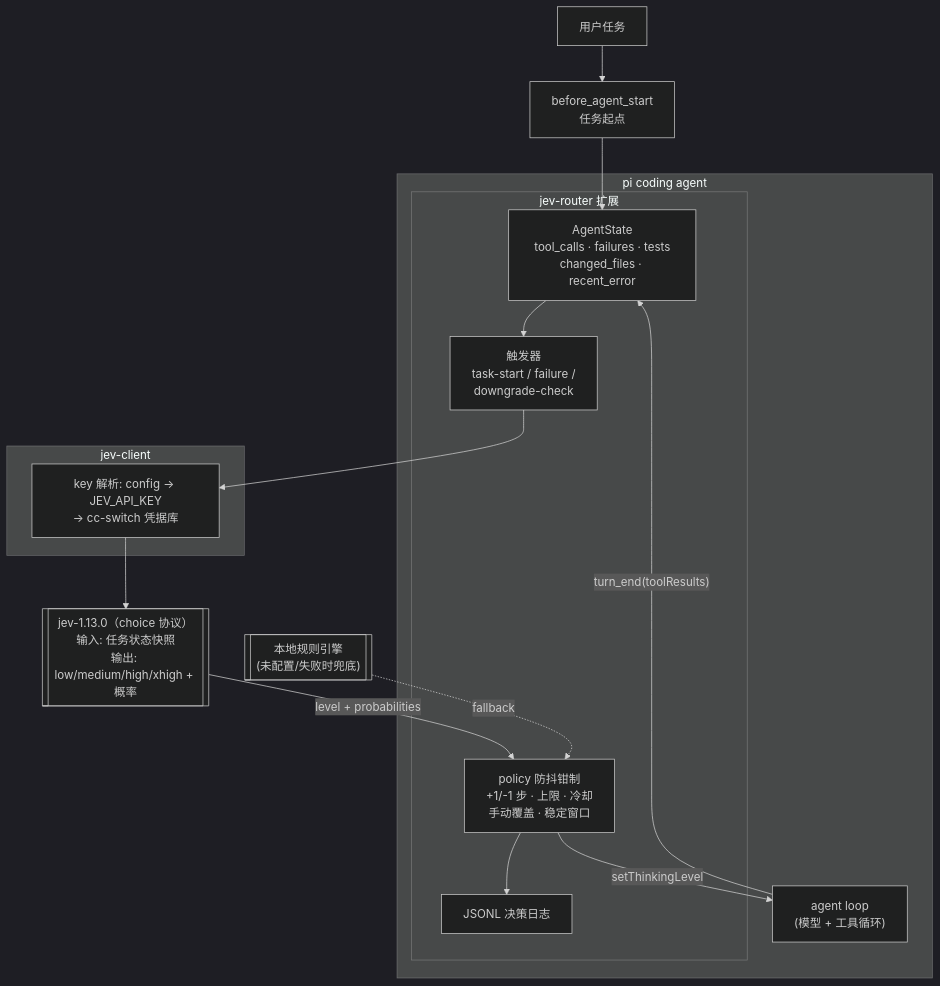
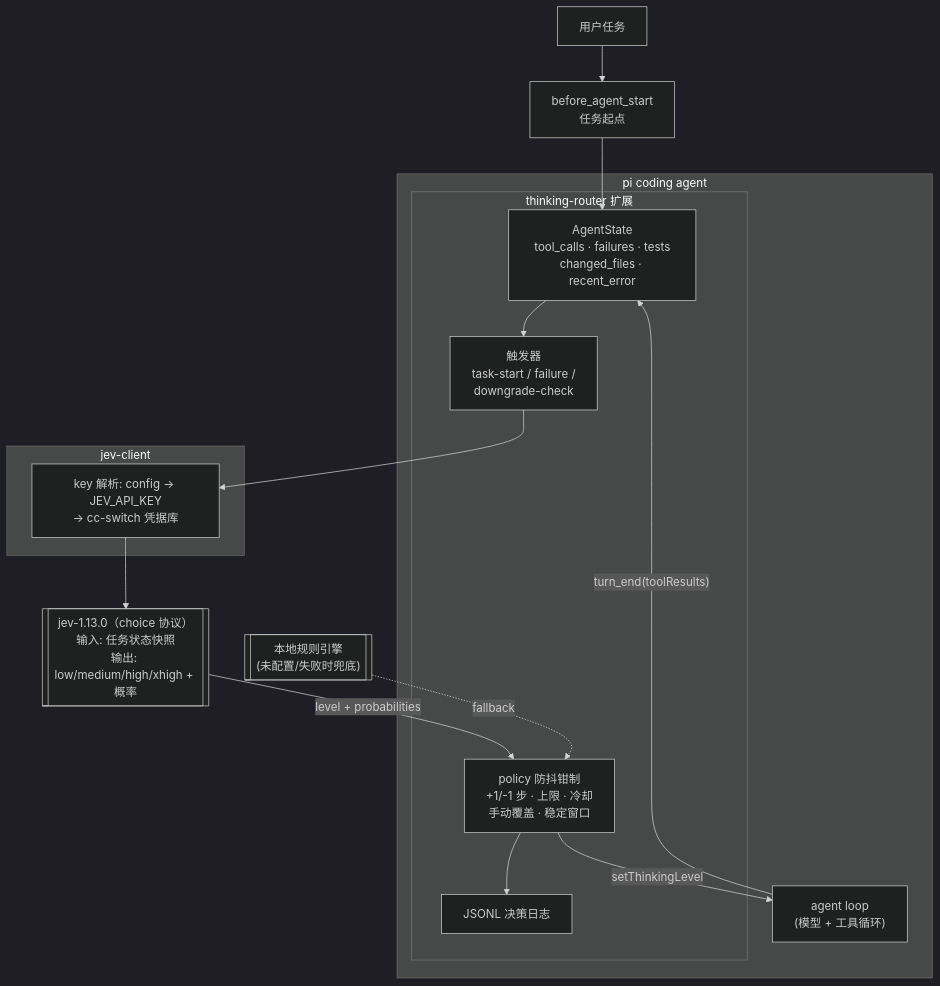
The diagram in README.md (Wh0rigin/pi-jev-router), drawn with Mermaid (dark theme) before and after one commit. The commit also changed other lines of this file and 5 other files, not shown here.

Commit message:
chore: rename slash command to /thinking-router; unify user-facing labels

````diff
--- a/README.md
+++ b/README.md
@@ -24,26 +24,26 @@
 ```mermaid
 flowchart TB
     USER["用户任务"] --> BAS["before_agent_start<br/>任务起点"]
     subgraph PI["pi coding agent"]
         LOOP["agent loop<br/>(模型 + 工具循环)"]
-        subgraph EXT["jev-router 扩展"]
+        subgraph EXT["thinking-router 扩展"]
             STATE["AgentState<br/>tool_calls · failures · tests<br/>changed_files · recent_error"]
             TRIG["触发器<br/>task-start / failure /<br/>downgrade-check"]
             POL["policy 防抖钳制<br/>+1/-1 步 · 上限 · 冷却<br/>手动覆盖 · 稳定窗口"]
             LOG["JSONL 决策日志"]
         end
     end
     subgraph JEVC["jev-client"]
         KEY["key 解析: config → JEV_API_KEY<br/>→ cc-switch 凭据库"]
     end
     JEV[["jev-1.13.0（choice 协议）<br/>输入: 任务状态快照<br/>输出: low/medium/high/xhigh + 概率"]]
     RULES[["本地规则引擎<br/>(未配置/失败时兜底)"]]
 
     BAS --> STATE --> TRIG
     LOOP -- "turn_end(toolResults)" --> STATE
     TRIG --> KEY --> JEV
     JEV -- "level + probabilities" --> POL
     RULES -.->|"fallback"| POL
     POL -->|"setThinkingLevel"| LOOP
     POL --> LOG
 ```
````
